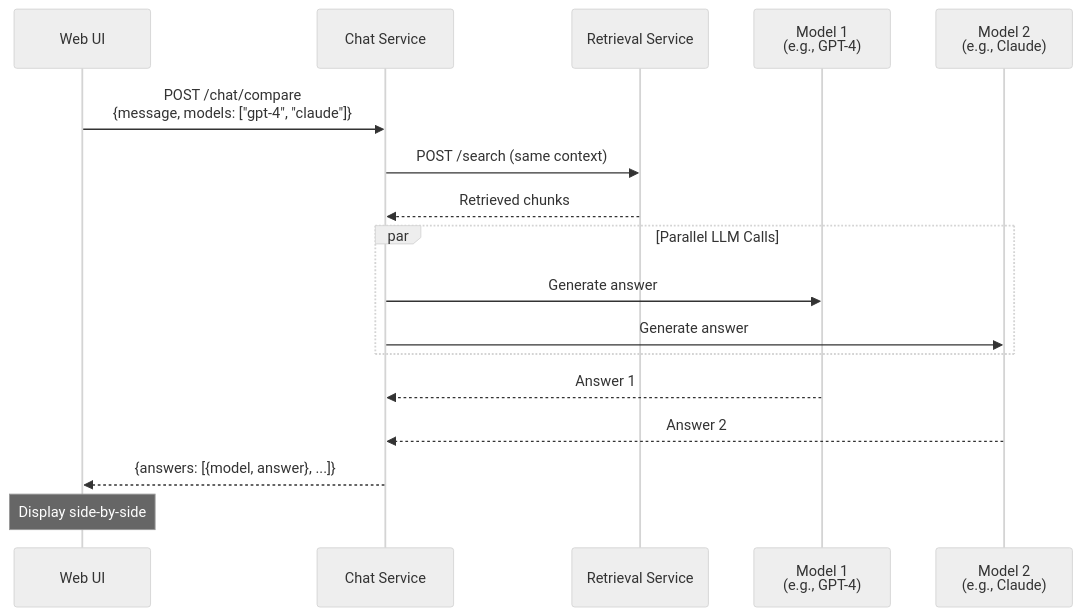
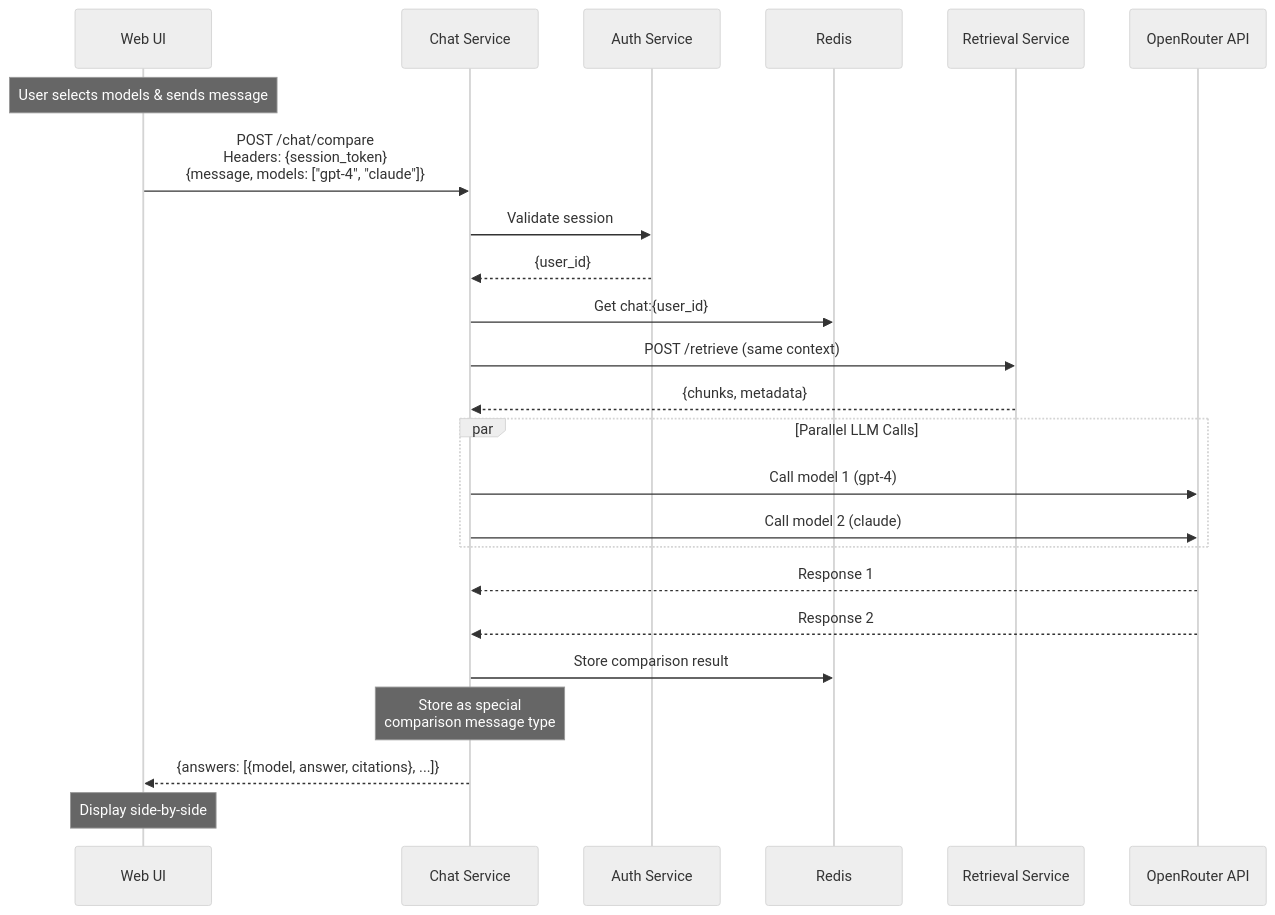
Before and after one commit to Th30utcast/MARP-Guide-AI: the diagram in docs/diagrams/Tier2_MultiModel.md, drawn with Mermaid (neutral theme). The commit also changed other lines of this file and 1 other file, not shown here.

````diff
--- a/docs/diagrams/Tier2_MultiModel.md
+++ b/docs/diagrams/Tier2_MultiModel.md
@@ -12,25 +17,36 @@
 ``` mermaid
 sequenceDiagram
   participant U as Web UI
   participant C as Chat Service
-  participant R as Retrieval Service
-  participant LLM1 as Model 1<br/>(e.g., GPT-4)
-  participant LLM2 as Model 2<br/>(e.g., Claude)
+  participant A as Auth Service
+  participant R as Redis
+  participant Ret as Retrieval Service
+  participant OR as OpenRouter API
 
-  U->>C: POST /chat/compare<br/>{message, models: ["gpt-4", "claude"]}
+  Note over U: User selects models & sends message
 
-  C->>R: POST /search (same context)
-  R-->>C: Retrieved chunks
+  U->>C: POST /chat/compare<br/>Headers: {session_token}<br/>{message, models: ["gpt-4", "claude"]}
+
+  C->>A: Validate session
+  A-->>C: {user_id}
+
+  C->>R: Get chat:{user_id}
+  C->>Ret: POST /retrieve (same context)
+  Ret-->>C: {chunks, metadata}
 
   par Parallel LLM Calls
-    C->>LLM1: Generate answer
-    C->>LLM2: Generate answer
+    C->>OR: Call model 1 (gpt-4)
+    C->>OR: Call model 2 (claude)
   end
 
-  LLM1-->>C: Answer 1
-  LLM2-->>C: Answer 2
+  OR-->>C: Response 1
+  OR-->>C: Response 2
 
-  C-->>U: {answers: [{model, answer}, ...]}
+  C->>R: Store comparison result
+
+  Note over C: Store as special<br/>comparison message type
+
+  C-->>U: {answers: [{model, answer, citations}, ...]}
 
   Note over U: Display side-by-side
 ```
````
